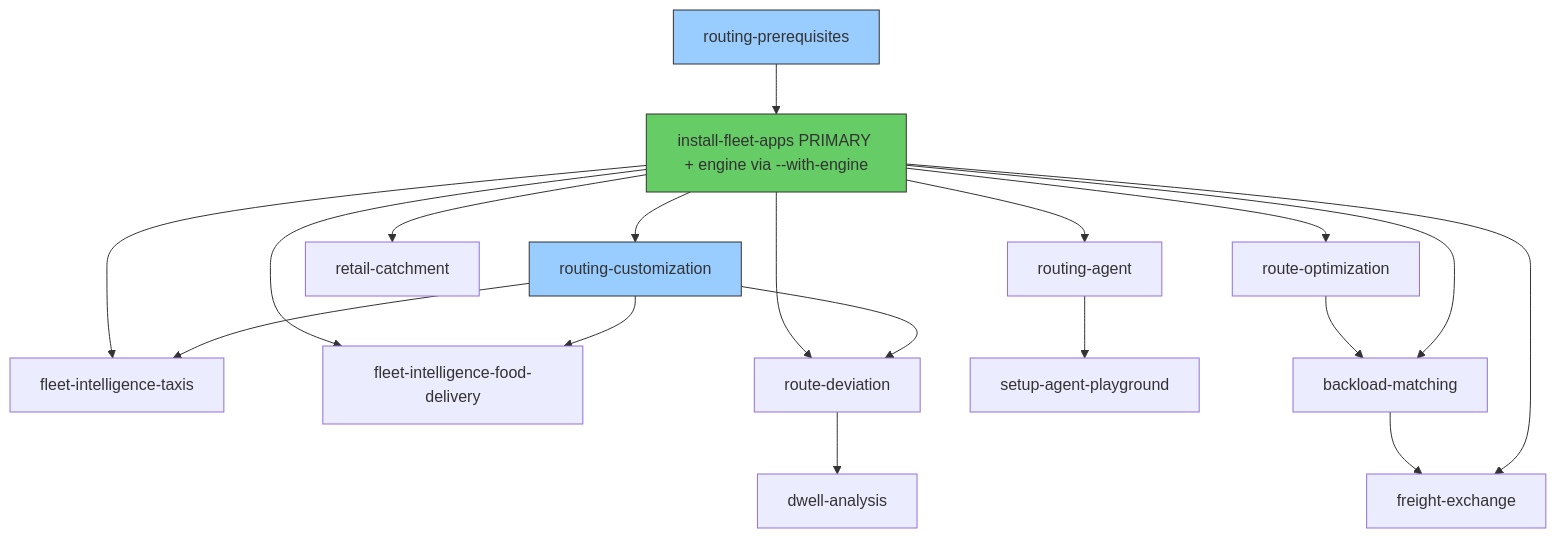
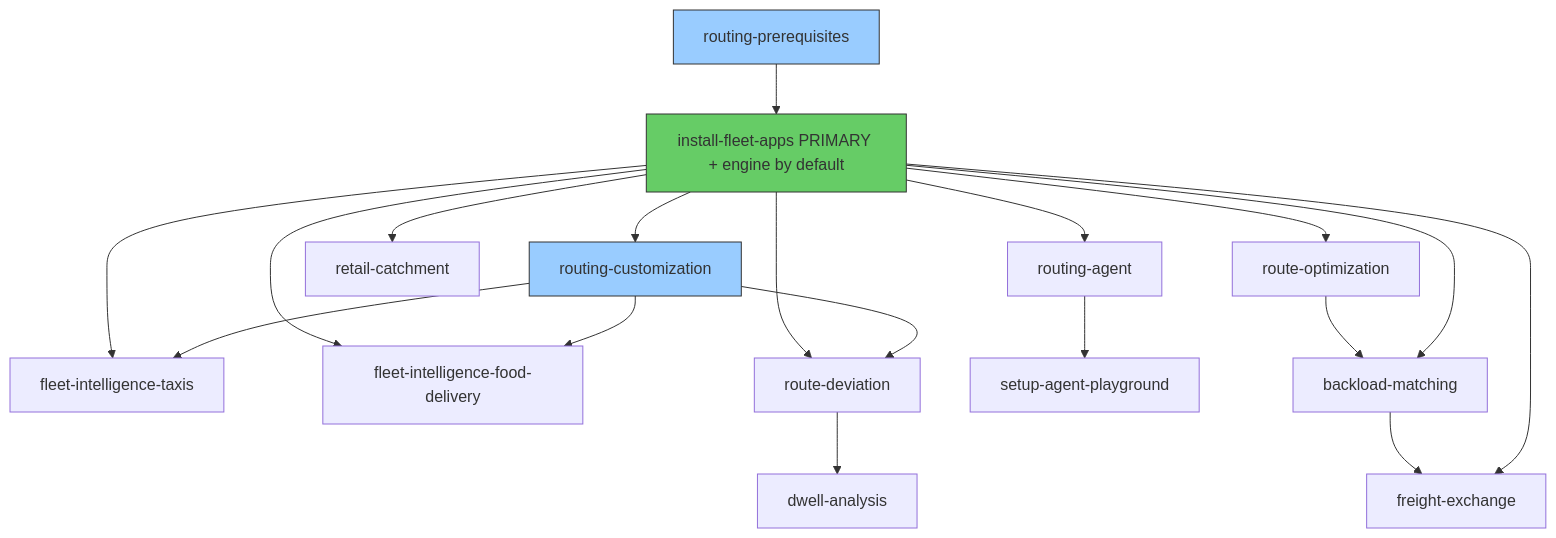
One commit to Snowflake-Labs/sfguide-create-a-route-optimisation-and-vehicle-route-plan-simulator changed the diagram in AGENTS.md. Above: the diagram before and after it, drawn with Mermaid. The commit also changed other lines of this file and 5 other files, not shown here.

Commit message:
docs(install-fleet-apps): make routing engine build default-on (--no-engine to skip)

````diff
--- a/AGENTS.md
+++ b/AGENTS.md
@@ -313,24 +313,24 @@
 ```mermaid
 graph TD
-    RP[routing-prerequisites] --> IFA[install-fleet-apps PRIMARY + engine via --with-engine]
+    RP[routing-prerequisites] --> IFA[install-fleet-apps PRIMARY + engine by default]
     IFA --> RC[routing-customization]
     IFA --> RO[route-optimization]
     IFA --> FIT[fleet-intelligence-taxis]
     IFA --> FIFD[fleet-intelligence-food-delivery]
     IFA --> RET[retail-catchment]
     IFA --> RD[route-deviation]
     IFA --> RA[routing-agent]
     RA --> SAP[setup-agent-playground]
     RO --> BM[backload-matching]
     IFA --> BM
     BM --> FX[freight-exchange]
     IFA --> FX
     RC --> FIT
     RC --> FIFD
     RC --> RD
  RD --> DA[dwell-analysis]
 
  style IFA fill:#6c6,stroke:#333
  style RP fill:#9cf,stroke:#333
  style RC fill:#9cf,stroke:#333
 ```
````
